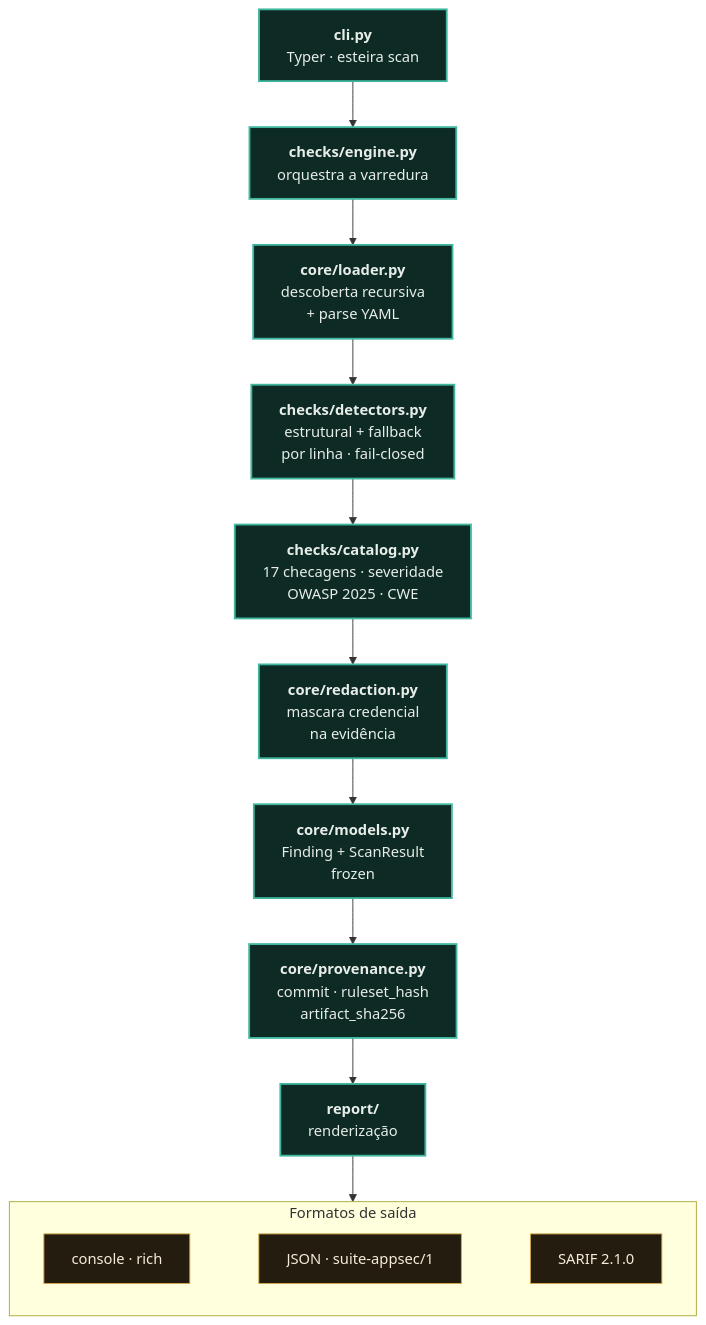
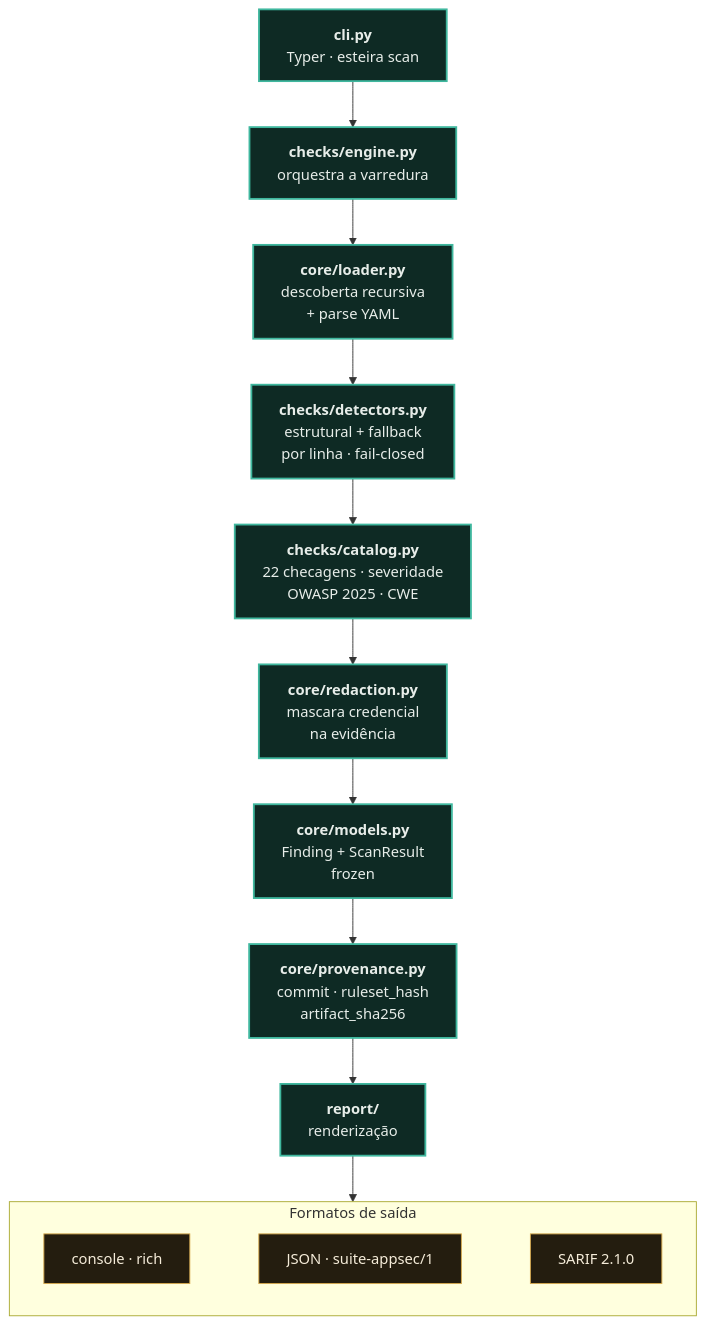
One commit to Paulo-Marcos-Lucio/esteira changed the diagram in README.md. Above: the diagram before and after it, drawn with Mermaid. The commit also changed other lines of this file and 19 other files, not shown here.

````diff
--- a/README.md
+++ b/README.md
@@ -267,20 +273,20 @@
 ```mermaid
 flowchart TD
     A["<b>cli.py</b><br/>Typer · esteira scan"] --> ENG["<b>checks/engine.py</b><br/>orquestra a varredura"]
     ENG --> LOAD["<b>core/loader.py</b><br/>descoberta recursiva<br/>+ parse YAML"]
     LOAD --> DET["<b>checks/detectors.py</b><br/>estrutural + fallback<br/>por linha · fail-closed"]
-    DET --> CAT["<b>checks/catalog.py</b><br/>17 checagens · severidade<br/>OWASP 2025 · CWE"]
+    DET --> CAT["<b>checks/catalog.py</b><br/>22 checagens · severidade<br/>OWASP 2025 · CWE"]
     CAT --> RED["<b>core/redaction.py</b><br/>mascara credencial<br/>na evidência"]
     RED --> FND["<b>core/models.py</b><br/>Finding + ScanResult<br/>frozen"]
     FND --> PRV["<b>core/provenance.py</b><br/>commit · ruleset_hash<br/>artifact_sha256"]
     PRV --> REP["<b>report/</b><br/>renderização"]
     REP --> OUT
     subgraph OUT [" Formatos de saída "]
         direction LR
         CON["console · rich"] ~~~ JS["JSON · suite-appsec/1"] ~~~ SA["SARIF 2.1.0"]
     end
     classDef nucleo fill:#0e2a24,stroke:#3fb79e,stroke-width:2px,color:#e7ede9;
     classDef saida fill:#241d0f,stroke:#d6a94e,color:#f5ecd9;
     class A,ENG,LOAD,DET,CAT,RED,FND,PRV,REP nucleo;
     class CON,JS,SA saida;
 ```
````
